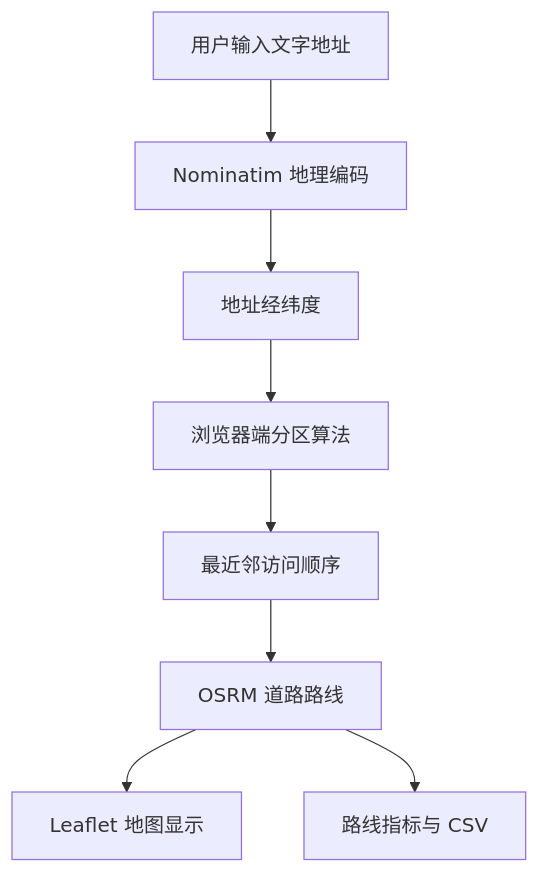
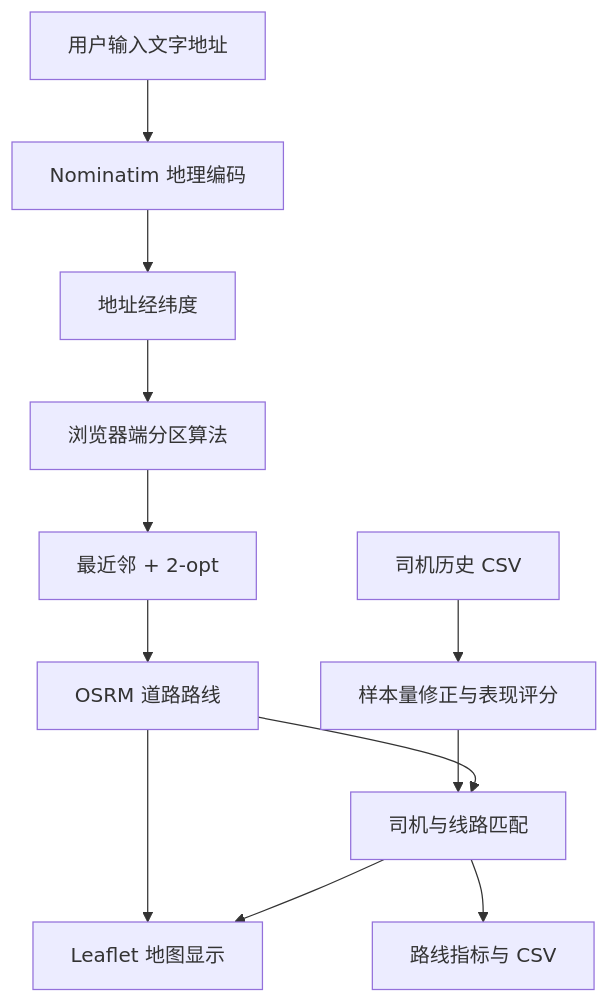
The first of 2 diagrams in PROJECT_DOCUMENTATION.md (yezifan911-hash/albany-route-planner), drawn with Mermaid before and after one commit. The commit also changed other lines of this file, not shown here.

````diff
--- a/PROJECT_DOCUMENTATION.md
+++ b/PROJECT_DOCUMENTATION.md
@@ -74,10 +99,14 @@
 ```mermaid
 flowchart TD
     A[用户输入文字地址] --> B[Nominatim 地理编码]
     B --> C[地址经纬度]
     C --> D[浏览器端分区算法]
-    D --> E[最近邻访问顺序]
+    D --> E[最近邻 + 2-opt]
     E --> F[OSRM 道路路线]
+    I[司机历史 CSV] --> J[样本量修正与表现评分]
+    J --> K[司机与线路匹配]
+    F --> K
     F --> G[Leaflet 地图显示]
-    F --> H[路线指标与 CSV]
+    K --> G
+    K --> H[路线指标与 CSV]
 ```
````
